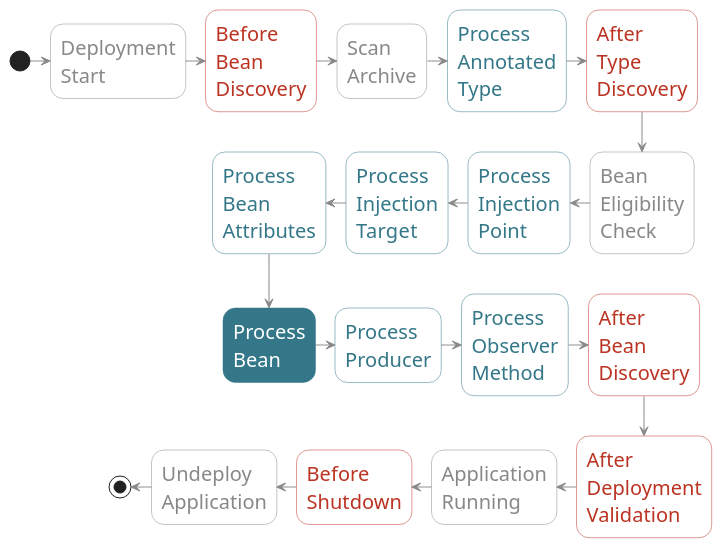
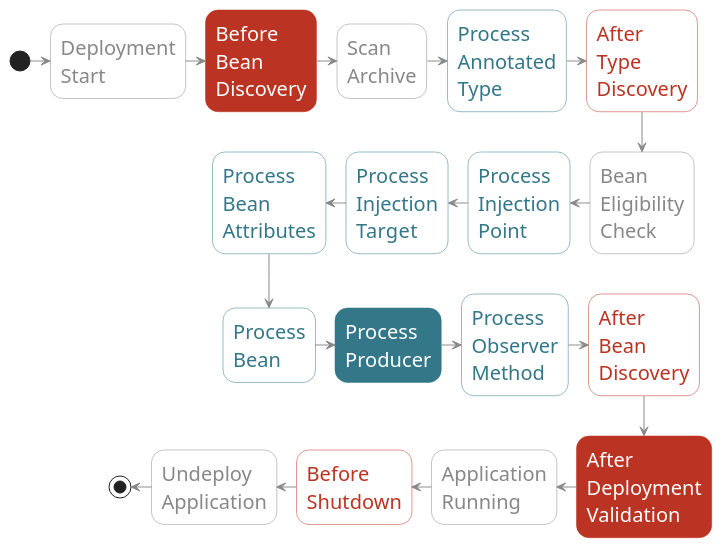
Before and after one commit to astefanutti/further-cdi: the second of 2 diagrams in parts/metrics.adoc, drawn with PlantUML. The commit also changed other lines of this file and 1 other file, not shown here.

```diff
--- a/parts/metrics.adoc
+++ b/parts/metrics.adoc
@@ -475,50 +445,54 @@
-[plantuml, "lifecycle-pb", "svg", height="85%", width="95%"]
+[plantuml, "lifecycle-BBD-PP-ADV", "svg", height="85%", width="95%"]
 ----
 @startuml
 
 skinparam shadowing false
 skinparam backgroundColor transparent
 skinparam defaultFontName Consolas
 
 skinparam activity {
   FontSize 20
   FontName Consolas
   FontColor #337788
   ArrowColor #888888
   BorderColor #337788
   BackgroundColor #white
 
   FontColor<< Internal >> #888888
   BorderColor<< Internal >> #888888
   BackgroundColor<< Internal >> #white
 
   FontColor<< Once >> #BB3322
   BorderColor<< Once >> #BB3322
   BackgroundColor<< Once >> #white
 
   FontColor<< Highlight >> white
   BorderColor<< Highlight >> #337788
   BackgroundColor<< Highlight >> #337788
+
+  FontColor<< Highlightonce >> white
+  BorderColor<< Highlightonce >> #BB3322
+  BackgroundColor<< Highlightonce >> #BB3322
 }
 
 (*) -right-> "Deployment\nStart" << Internal >>
--right-> "Before\nBean\nDiscovery" << Once >>
+-right-> "Before\nBean\nDiscovery" <<Highlightonce>>
 -right-> "Scan\nArchive" << Internal >>
 -right-> "Process\nAnnotated\nType"
 -right-> "After\nType\nDiscovery" << Once >>
 -down-> "Bean\nEligibility\nCheck" << Internal >>
 -left-> "Process\nInjection\nPoint"
 -left-> "Process\nInjection\nTarget"
 -left-> "Process\nBean\nAttributes"
--down-> "Process\nBean" <<Highlight>>
--right-> "Process\nProducer"
+-down-> "Process\nBean"
+-right-> "Process\nProducer" <<Highlight>>
 -right-> "Process\nObserver\nMethod"
 -right-> "After\nBean\nDiscovery" << Once >>
--down-> "After\nDeployment\nValidation" << Once >>
+-down-> "After\nDeployment\nValidation" <<Highlightonce>>
 -left-> "Application\nRunning" << Internal >>
 -left-> "Before\nShutdown" << Once >>
 -left-> "Undeploy\nApplication" << Internal >>
 -left-> (*)
 
 @enduml
 ----
```
